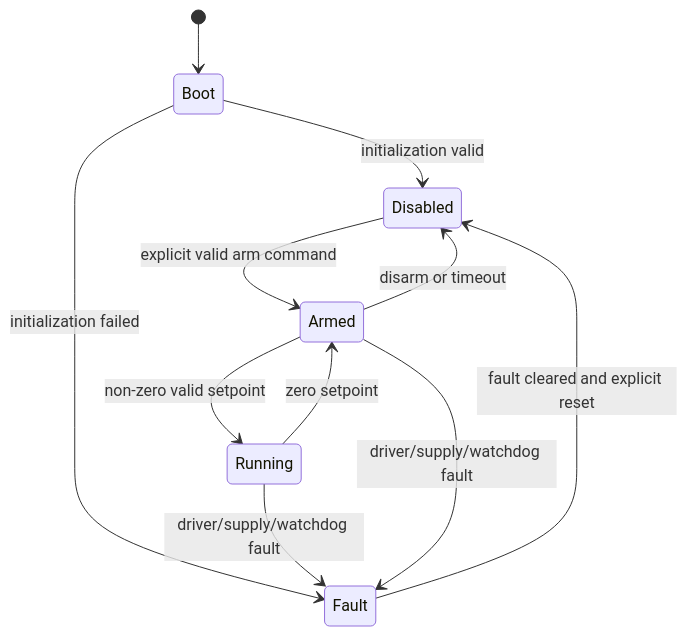
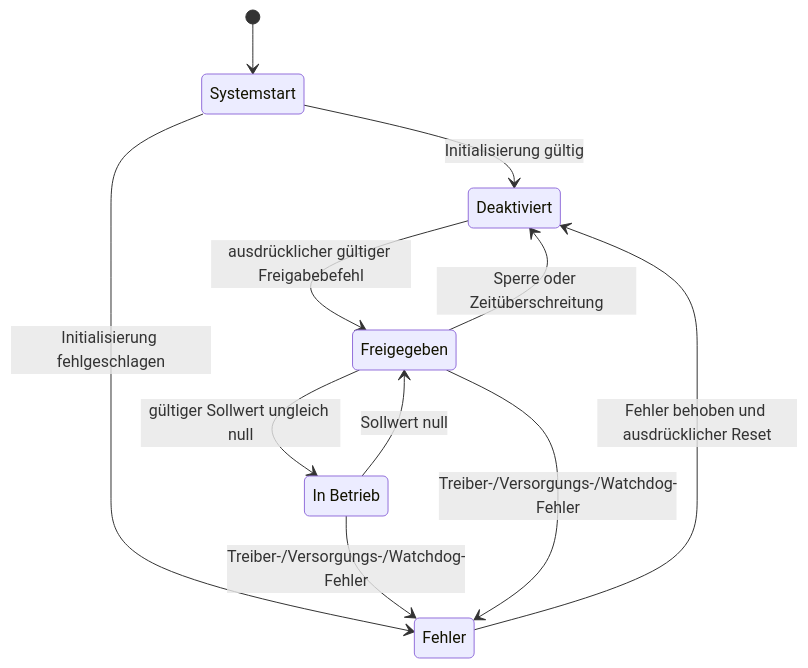
One commit to dynamo1807/Rover-Robot-Project changed the diagram in docs/FIRMWARE.md. Above: the diagram before and after it, drawn with Mermaid. The commit also changed other lines of this file and 15 other files, not shown here.

````diff
--- a/docs/FIRMWARE.md
+++ b/docs/FIRMWARE.md
@@ -45,13 +45,18 @@
 ```mermaid
 stateDiagram-v2
+    state "Systemstart" as Boot
+    state "Deaktiviert" as Disabled
+    state "Freigegeben" as Armed
+    state "In Betrieb" as Running
+    state "Fehler" as Fault
     [*] --> Boot
-    Boot --> Disabled: initialization valid
-    Boot --> Fault: initialization failed
-    Disabled --> Armed: explicit valid arm command
-    Armed --> Running: non-zero valid setpoint
-    Running --> Armed: zero setpoint
-    Armed --> Disabled: disarm or timeout
-    Running --> Fault: driver/supply/watchdog fault
-    Armed --> Fault: driver/supply/watchdog fault
-    Fault --> Disabled: fault cleared and explicit reset
+    Boot --> Disabled: Initialisierung gültig
+    Boot --> Fault: Initialisierung fehlgeschlagen
+    Disabled --> Armed: ausdrücklicher gültiger Freigabebefehl
+    Armed --> Running: gültiger Sollwert ungleich null
+    Running --> Armed: Sollwert null
+    Armed --> Disabled: Sperre oder Zeitüberschreitung
+    Running --> Fault: Treiber-/Versorgungs-/Watchdog-Fehler
+    Armed --> Fault: Treiber-/Versorgungs-/Watchdog-Fehler
+    Fault --> Disabled: Fehler behoben und ausdrücklicher Reset
 ```
````
